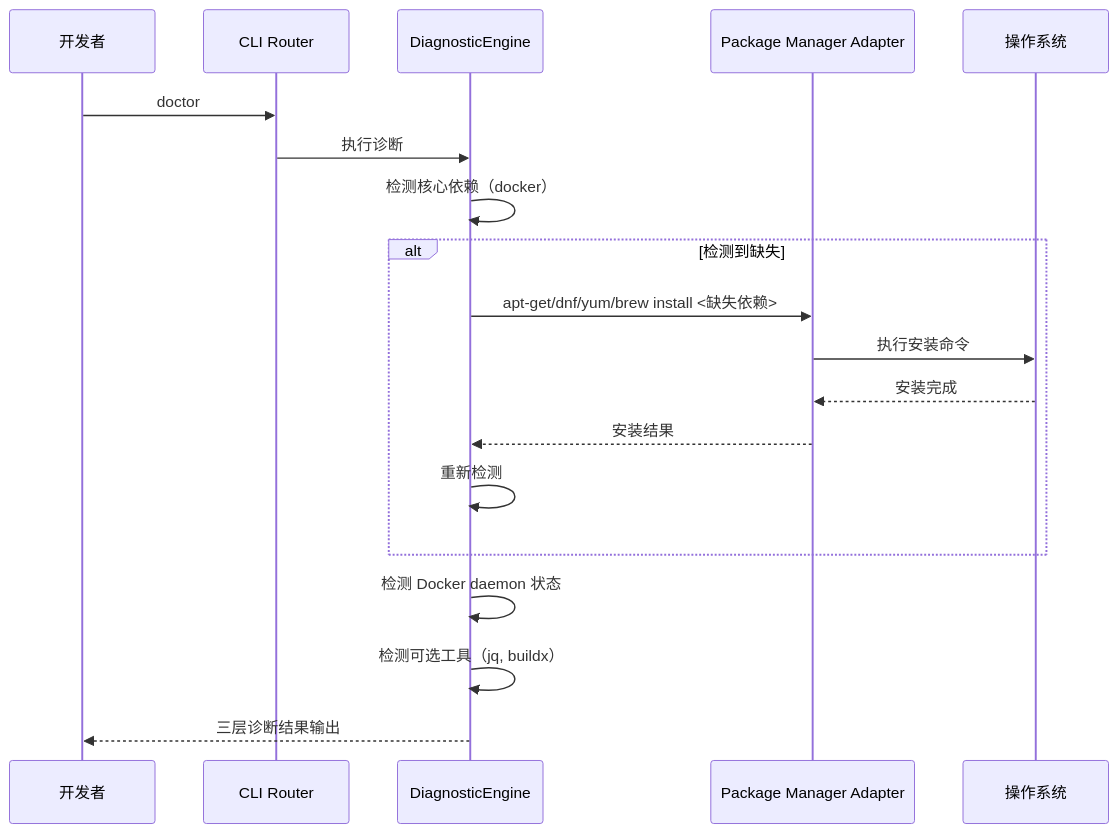
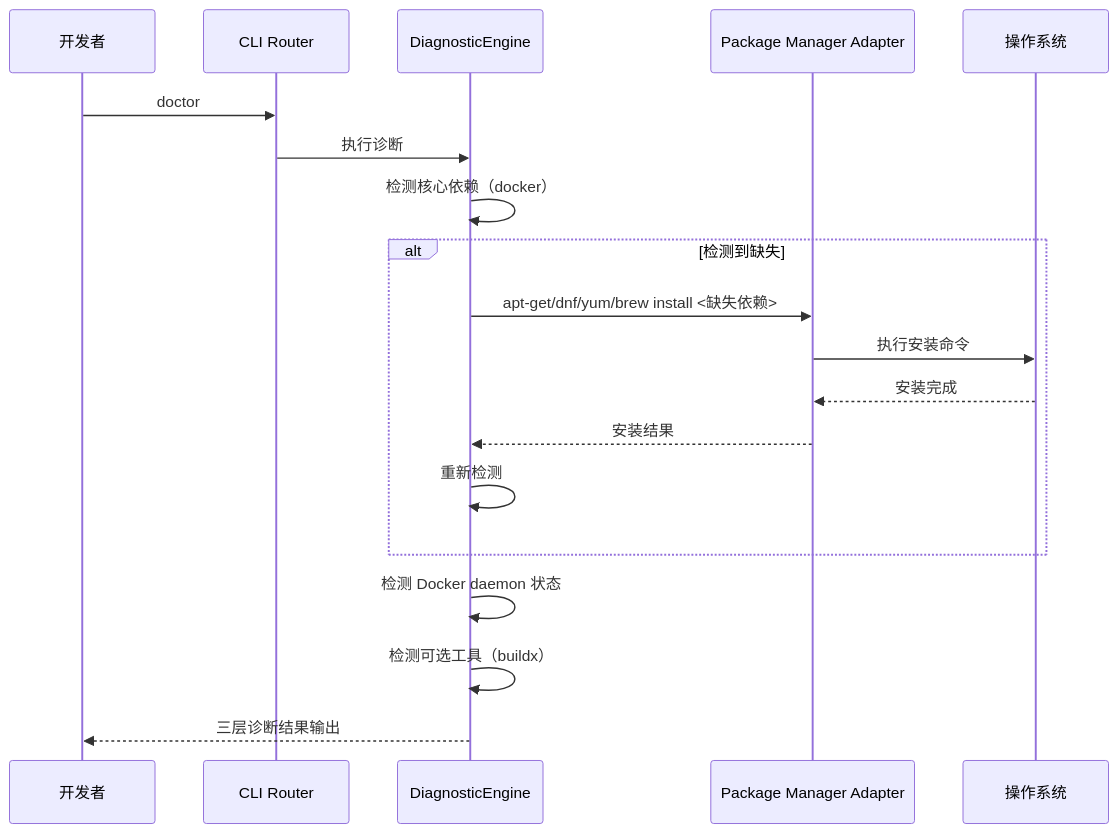
Diagram 20 of 23 in docs/features/agent-forge/design.md (bianc2018/AgentForge), drawn with Mermaid before and after one commit. The commit also changed other lines of this file and 4 other files, not shown here.

````diff
--- a/docs/features/agent-forge/design.md
+++ b/docs/features/agent-forge/design.md
@@ -1134,22 +1134,22 @@
 ```mermaid
 sequenceDiagram
     participant Dev as 开发者
     participant CLI as CLI Router
     participant DE as DiagnosticEngine
     participant PM as Package Manager Adapter
     participant OS as 操作系统
 
     Dev->>CLI: doctor
     CLI->>DE: 执行诊断
     DE->>DE: 检测核心依赖（docker）
     alt 检测到缺失
         DE->>PM: apt-get/dnf/yum/brew install <缺失依赖>
         PM->>OS: 执行安装命令
         OS-->>PM: 安装完成
         PM-->>DE: 安装结果
         DE->>DE: 重新检测
     end
     DE->>DE: 检测 Docker daemon 状态
-    DE->>DE: 检测可选工具（jq, buildx）
+    DE->>DE: 检测可选工具（buildx）
     DE-->>Dev: 三层诊断结果输出
 ```
````
